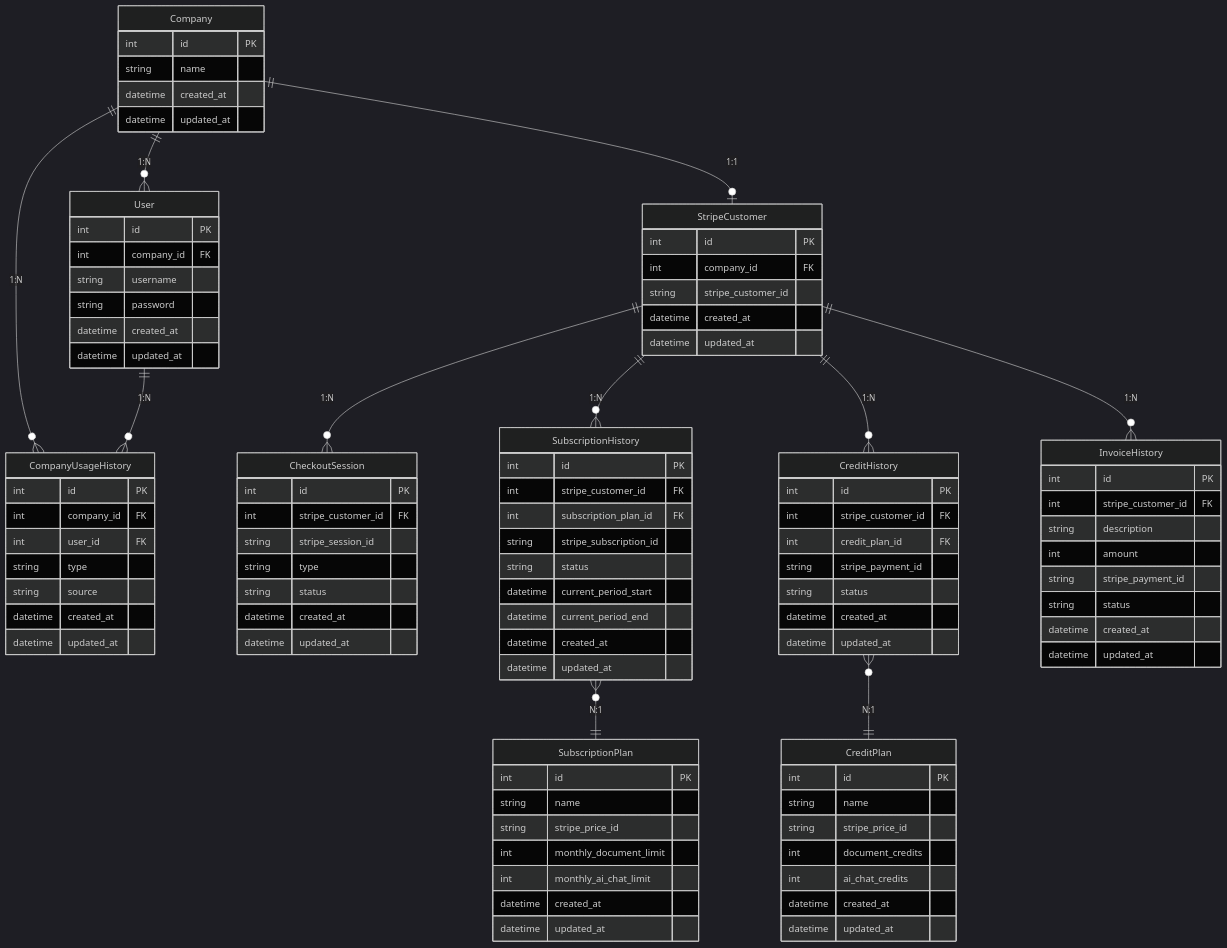
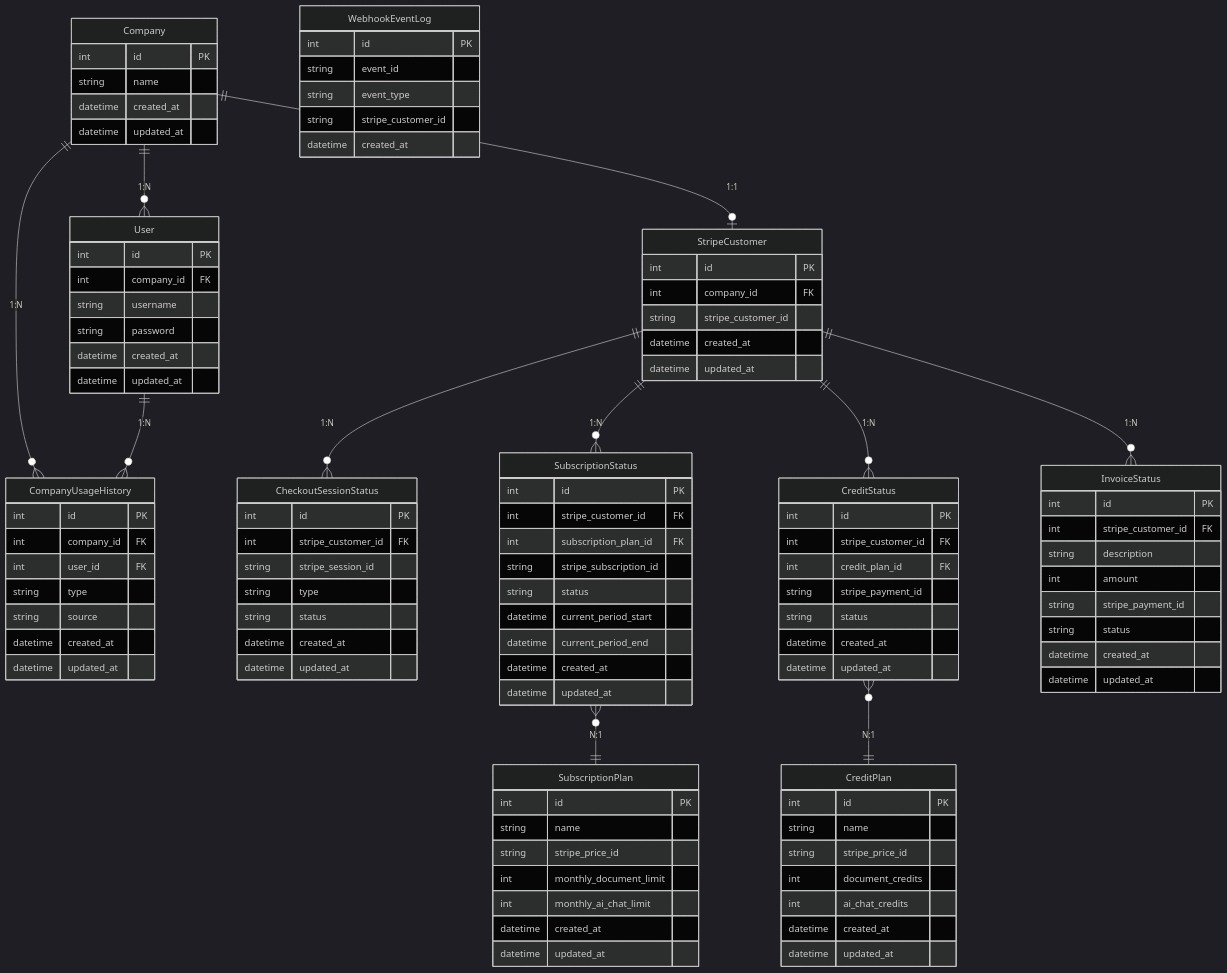
One commit to suzuki-tomok/payment-core changed the diagram in docs/er-diagram.md. Above: the diagram before and after it, drawn with Mermaid (dark theme). The commit also changed other lines of this file and 25 other files, not shown here.

First line of the commit message:
refactor: テーブル名をStatus/Log命名に統一・WebhookEventLog追加

````diff
--- a/docs/er-diagram.md
+++ b/docs/er-diagram.md
@@ -6,12 +6,12 @@
     Company ||--o| StripeCustomer : "1:1"
     Company ||--o{ CompanyUsageHistory : "1:N"
     User ||--o{ CompanyUsageHistory : "1:N"
-    StripeCustomer ||--o{ CheckoutSession : "1:N"
-    StripeCustomer ||--o{ SubscriptionHistory : "1:N"
-    SubscriptionHistory }o--|| SubscriptionPlan : "N:1"
-    StripeCustomer ||--o{ CreditHistory : "1:N"
-    CreditHistory }o--|| CreditPlan : "N:1"
-    StripeCustomer ||--o{ InvoiceHistory : "1:N"
+    StripeCustomer ||--o{ CheckoutSessionStatus : "1:N"
+    StripeCustomer ||--o{ SubscriptionStatus : "1:N"
+    SubscriptionStatus }o--|| SubscriptionPlan : "N:1"
+    StripeCustomer ||--o{ CreditStatus : "1:N"
+    CreditStatus }o--|| CreditPlan : "N:1"
+    StripeCustomer ||--o{ InvoiceStatus : "1:N"
 
     User {
         int id PK
@@ -47,7 +47,7 @@
         datetime updated_at
     }
 
-    CheckoutSession {
+    CheckoutSessionStatus {
         int id PK
         int stripe_customer_id FK
         string stripe_session_id
@@ -57,7 +57,7 @@
         datetime updated_at
     }
 
-    SubscriptionHistory {
+    SubscriptionStatus {
         int id PK
         int stripe_customer_id FK
         int subscription_plan_id FK
@@ -79,7 +79,7 @@
         datetime updated_at
     }
 
-    CreditHistory {
+    CreditStatus {
         int id PK
         int stripe_customer_id FK
         int credit_plan_id FK
@@ -99,7 +99,7 @@
         datetime updated_at
     }
 
-    InvoiceHistory {
+    InvoiceStatus {
         int id PK
         int stripe_customer_id FK
         string description
@@ -109,4 +109,12 @@
         datetime created_at
         datetime updated_at
     }
+
+    WebhookEventLog {
+        int id PK
+        string event_id
+        string event_type
+        string stripe_customer_id
+        datetime created_at
+    }
 ```
````
